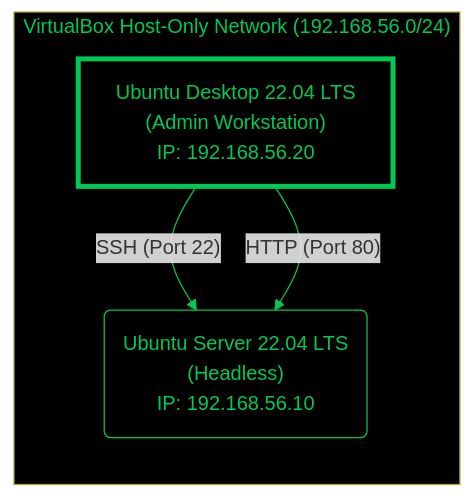
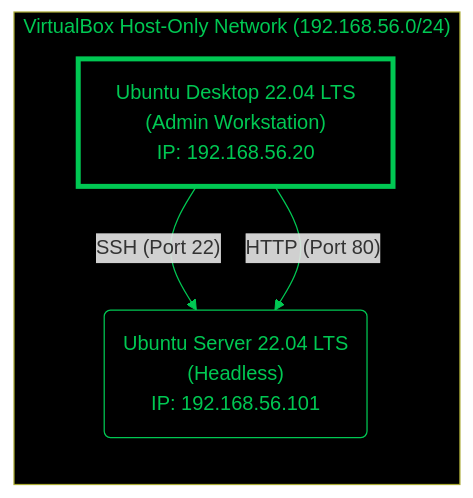
One commit to Z23599848/OS-coursework changed the diagram in journal/week1.md. Above: the diagram before and after it, drawn with Mermaid. The commit also changed other lines of this file, not shown here.

````diff
--- a/journal/week1.md
+++ b/journal/week1.md
@@ -7,17 +7,17 @@
 ```mermaid
 flowchart LR
  subgraph subGraph0["VirtualBox Host-Only Network (192.168.56.0/24)"]
-        Server["Ubuntu Server 22.04 LTS\n(Headless)\nIP: 192.168.56.10"]
+        Server["Ubuntu Server 22.04 LTS\n(Headless)\nIP: 192.168.56.101"]
         Workstation["Ubuntu Desktop 22.04 LTS\n(Admin Workstation)\nIP: 192.168.56.20"]
   end
     Workstation -- SSH (Port 22) --> Server
     Workstation -- HTTP (Port 80) --> Server
 
     Server@{ shape: rounded}
     Workstation@{ shape: rect}
     style Server fill:#000000,color:#00C853,stroke:#00C853
     style Workstation stroke-width:4px,stroke-dasharray: 0,stroke:#00C853,color:#00C853,fill:#000000
     style subGraph0 fill:#000000,color:#00C853
     linkStyle 0 stroke:#00C853,fill:none
     linkStyle 1 stroke:#00C853,fill:none
 ```
````
